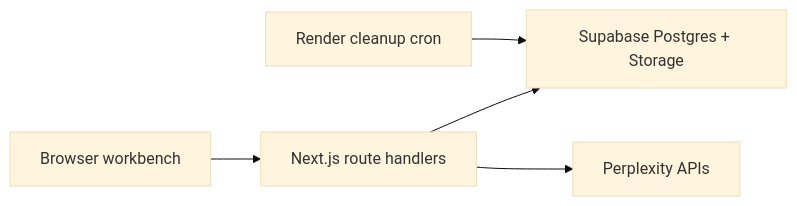
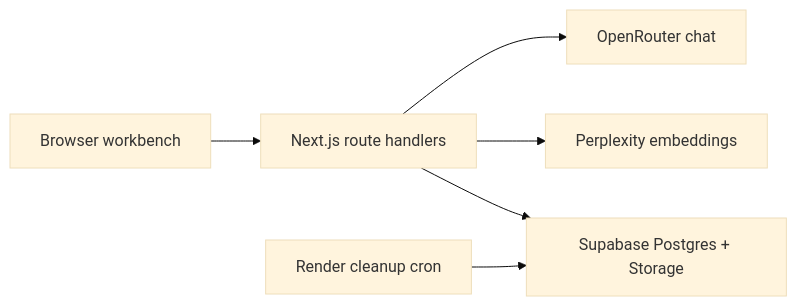
Before and after one commit to lagarcess/rag-lens: the first of 2 diagrams in docs/ARCHITECTURE.md, drawn with Mermaid (base theme). The commit also changed other lines of this file and 24 other files, not shown here.

````diff
--- a/docs/ARCHITECTURE.md
+++ b/docs/ARCHITECTURE.md
@@ -7,7 +7,8 @@
 ```mermaid
 flowchart LR
   Browser["Browser workbench"] --> Next["Next.js route handlers"]
   Next --> Supabase["Supabase Postgres + Storage"]
-  Next --> Perplexity["Perplexity APIs"]
+  Next --> Perplexity["Perplexity embeddings"]
+  Next --> OpenRouter["OpenRouter chat"]
   RenderCron["Render cleanup cron"] --> Supabase
 ```
````
